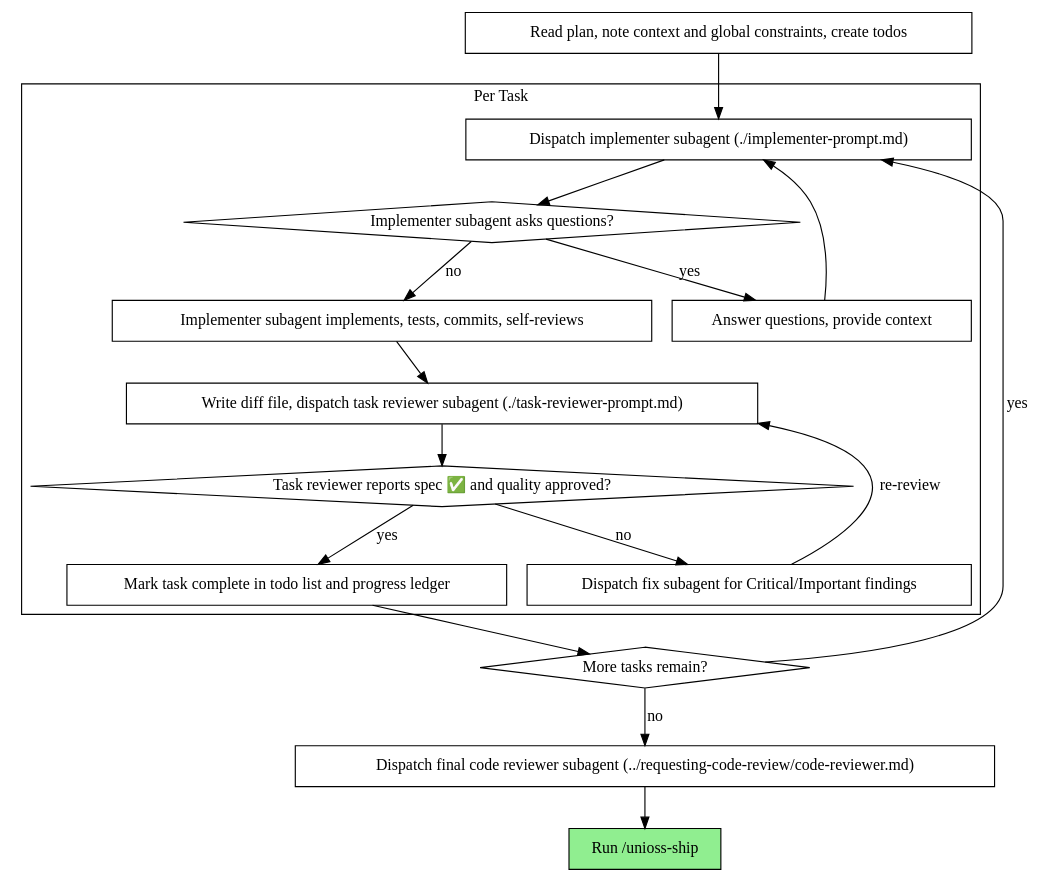
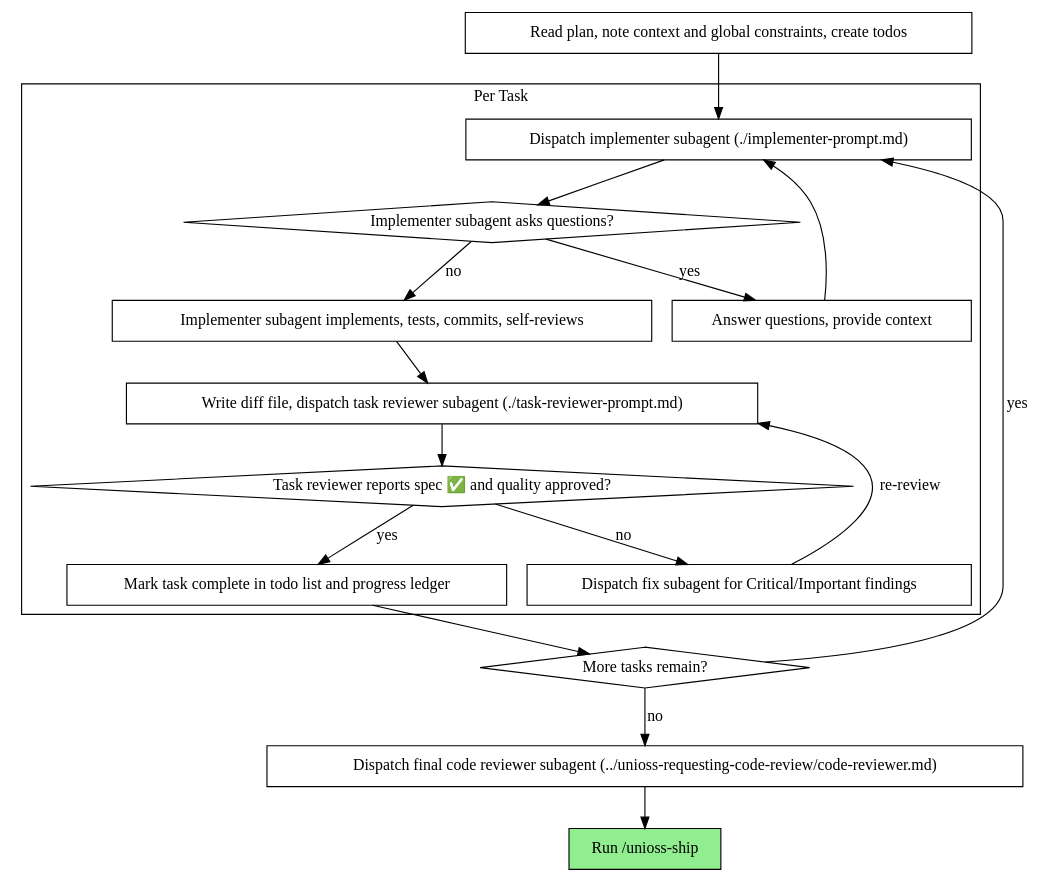
Before and after one commit to ttncode/unioss-plugins: the second of 2 diagrams in plugins/unioss-pipeline/skills/unioss-subagent-driven-development/SKILL.md, drawn with Graphviz. The commit also changed other lines of this file and 8 other files, not shown here.

Commit message:
feat(unioss-pipeline): vendor SDD prompt templates + scripts + requesting-code-review; resolve all relative refs

````diff
--- a/plugins/unioss-pipeline/skills/unioss-subagent-driven-development/SKILL.md
+++ b/plugins/unioss-pipeline/skills/unioss-subagent-driven-development/SKILL.md
@@ -49,37 +49,37 @@
 ```dot
 digraph process {
     rankdir=TB;
 
     subgraph cluster_per_task {
         label="Per Task";
         "Dispatch implementer subagent (./implementer-prompt.md)" [shape=box];
         "Implementer subagent asks questions?" [shape=diamond];
         "Answer questions, provide context" [shape=box];
         "Implementer subagent implements, tests, commits, self-reviews" [shape=box];
         "Write diff file, dispatch task reviewer subagent (./task-reviewer-prompt.md)" [shape=box];
         "Task reviewer reports spec ✅ and quality approved?" [shape=diamond];
         "Dispatch fix subagent for Critical/Important findings" [shape=box];
         "Mark task complete in todo list and progress ledger" [shape=box];
     }
 
     "Read plan, note context and global constraints, create todos" [shape=box];
     "More tasks remain?" [shape=diamond];
-    "Dispatch final code reviewer subagent (../requesting-code-review/code-reviewer.md)" [shape=box];
+    "Dispatch final code reviewer subagent (../unioss-requesting-code-review/code-reviewer.md)" [shape=box];
     "Run /unioss-ship" [shape=box style=filled fillcolor=lightgreen];
 
     "Read plan, note context and global constraints, create todos" -> "Dispatch implementer subagent (./implementer-prompt.md)";
     "Dispatch implementer subagent (./implementer-prompt.md)" -> "Implementer subagent asks questions?";
     "Implementer subagent asks questions?" -> "Answer questions, provide context" [label="yes"];
     "Answer questions, provide context" -> "Dispatch implementer subagent (./implementer-prompt.md)";
     "Implementer subagent asks questions?" -> "Implementer subagent implements, tests, commits, self-reviews" [label="no"];
     "Implementer subagent implements, tests, commits, self-reviews" -> "Write diff file, dispatch task reviewer subagent (./task-reviewer-prompt.md)";
     "Write diff file, dispatch task reviewer subagent (./task-reviewer-prompt.md)" -> "Task reviewer reports spec ✅ and quality approved?";
     "Task reviewer reports spec ✅ and quality approved?" -> "Dispatch fix subagent for Critical/Important findings" [label="no"];
     "Dispatch fix subagent for Critical/Important findings" -> "Write diff file, dispatch task reviewer subagent (./task-reviewer-prompt.md)" [label="re-review"];
     "Task reviewer reports spec ✅ and quality approved?" -> "Mark task complete in todo list and progress ledger" [label="yes"];
     "Mark task complete in todo list and progress ledger" -> "More tasks remain?";
     "More tasks remain?" -> "Dispatch implementer subagent (./implementer-prompt.md)" [label="yes"];
-    "More tasks remain?" -> "Dispatch final code reviewer subagent (../requesting-code-review/code-reviewer.md)" [label="no"];
-    "Dispatch final code reviewer subagent (../requesting-code-review/code-reviewer.md)" -> "Run /unioss-ship";
+    "More tasks remain?" -> "Dispatch final code reviewer subagent (../unioss-requesting-code-review/code-reviewer.md)" [label="no"];
+    "Dispatch final code reviewer subagent (../unioss-requesting-code-review/code-reviewer.md)" -> "Run /unioss-ship";
 }
 ```
````
